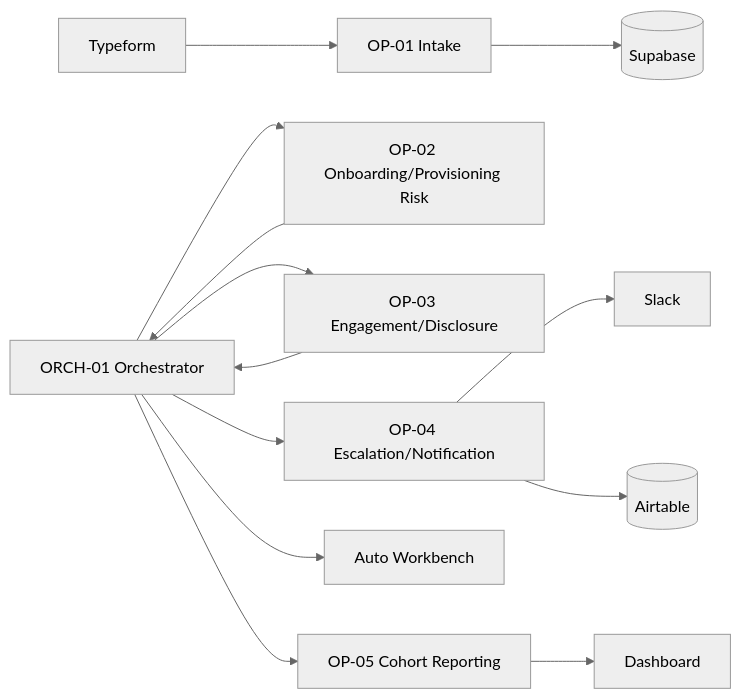
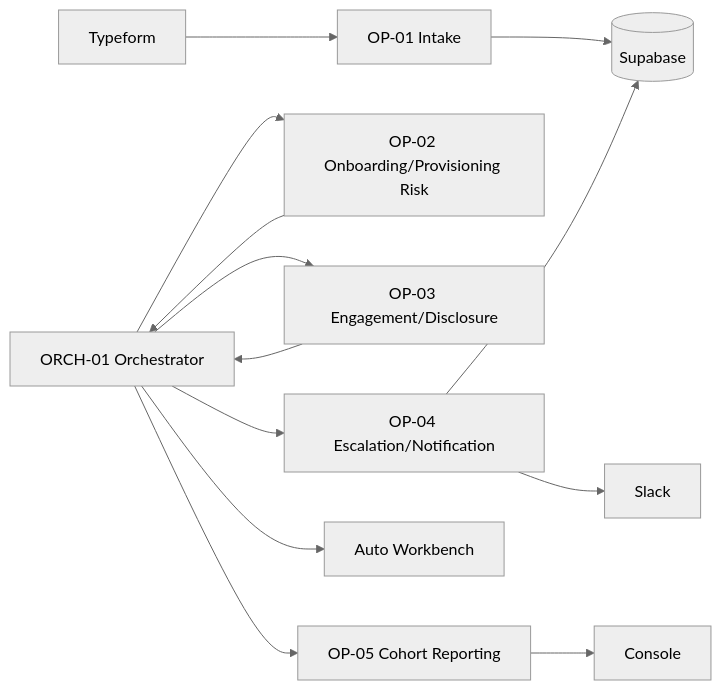
One commit to veinsan/supervity-ai-employee changed the diagram in README.md. Above: the diagram before and after it, drawn with Mermaid (neutral theme). The commit also changed other lines of this file and 11 other files, not shown here.

````diff
--- a/README.md
+++ b/README.md
@@ -81,14 +81,14 @@
 ```mermaid
 flowchart LR
     TF[Typeform] --> OP1[OP-01 Intake]
     OP1 --> SB[(Supabase)]
     ORCH[ORCH-01 Orchestrator] --> OP2[OP-02 Onboarding/Provisioning Risk]
     ORCH --> OP3[OP-03 Engagement/Disclosure]
     OP2 & OP3 --> ORCH
     ORCH --> OP4[OP-04 Escalation/Notification]
     ORCH --> WB[Auto Workbench]
     OP4 --> SL[Slack]
-    OP4 --> AT[(Airtable)]
+    OP4 --> SB
     ORCH --> OP5[OP-05 Cohort Reporting]
-    OP5 --> DASH[Dashboard]
+    OP5 --> DASH[Console]
 ```
````
